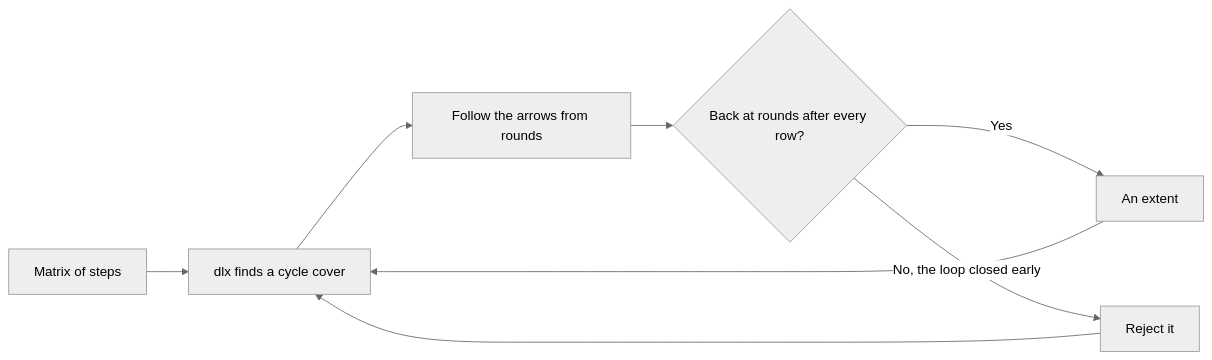
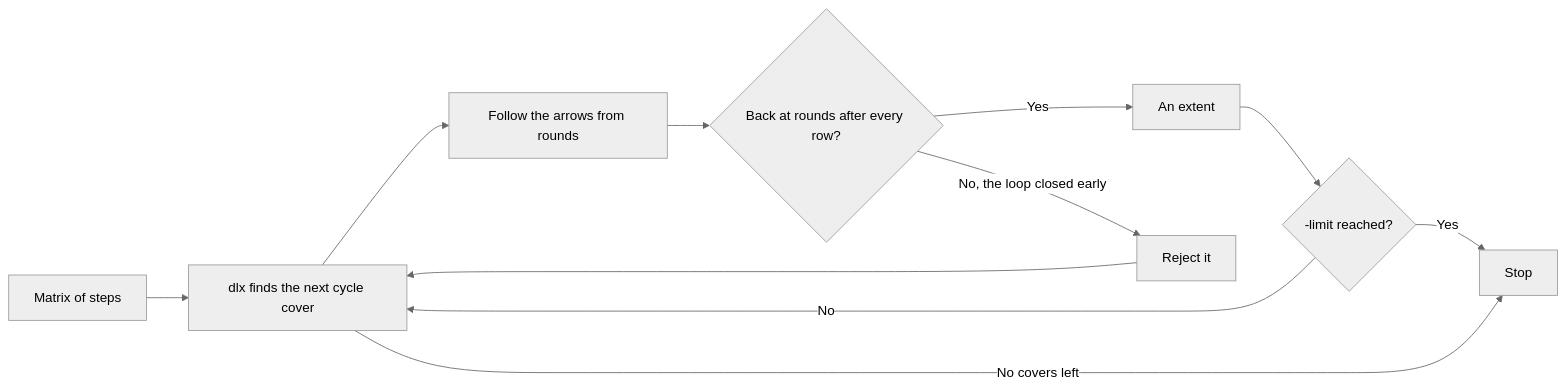
Before and after one commit to dimchansky/dlx: the diagram in examples/bells/README.md, drawn with Mermaid (neutral theme). The commit also changed other lines of this file and 5 other files, not shown here.

````diff
--- a/examples/bells/README.md
+++ b/examples/bells/README.md
@@ -89,10 +91,13 @@
 ```mermaid
 flowchart LR
-    M["Matrix of steps"] --> S["dlx finds a cycle cover"]
+    M["Matrix of steps"] --> S["dlx finds the next cycle cover"]
     S --> F["Follow the arrows from rounds"]
     F --> Q{"Back at rounds after every row?"}
     Q -- "Yes" --> E["An extent"]
     Q -- "No, the loop closed early" --> R["Reject it"]
-    E --> S
+    E --> L{"-limit reached?"}
+    L -- "No" --> S
     R --> S
+    L -- "Yes" --> D["Stop"]
+    S -- "No covers left" --> D
 ```
````
